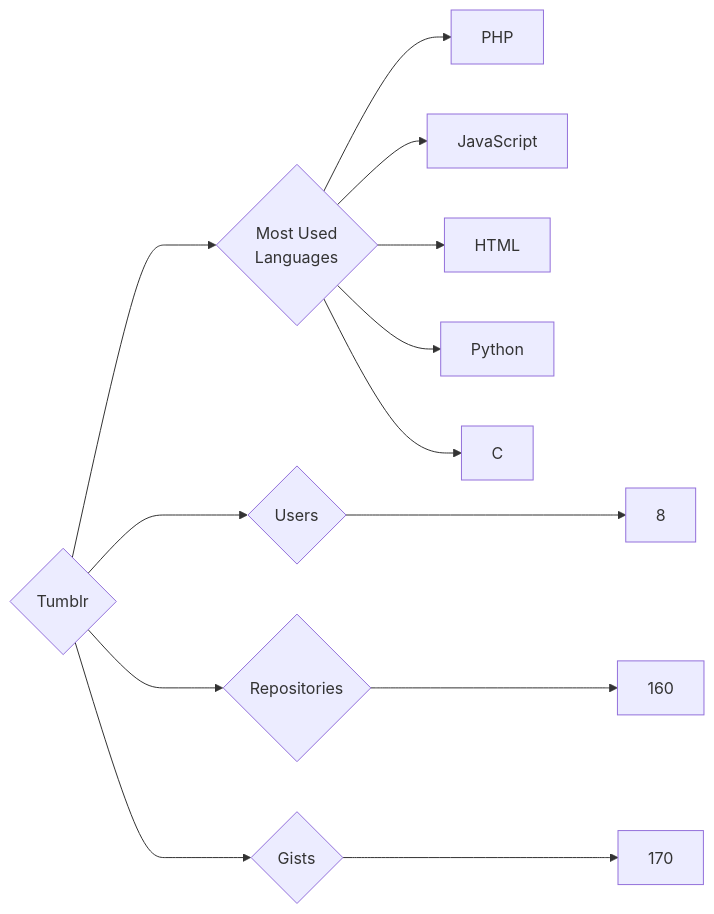
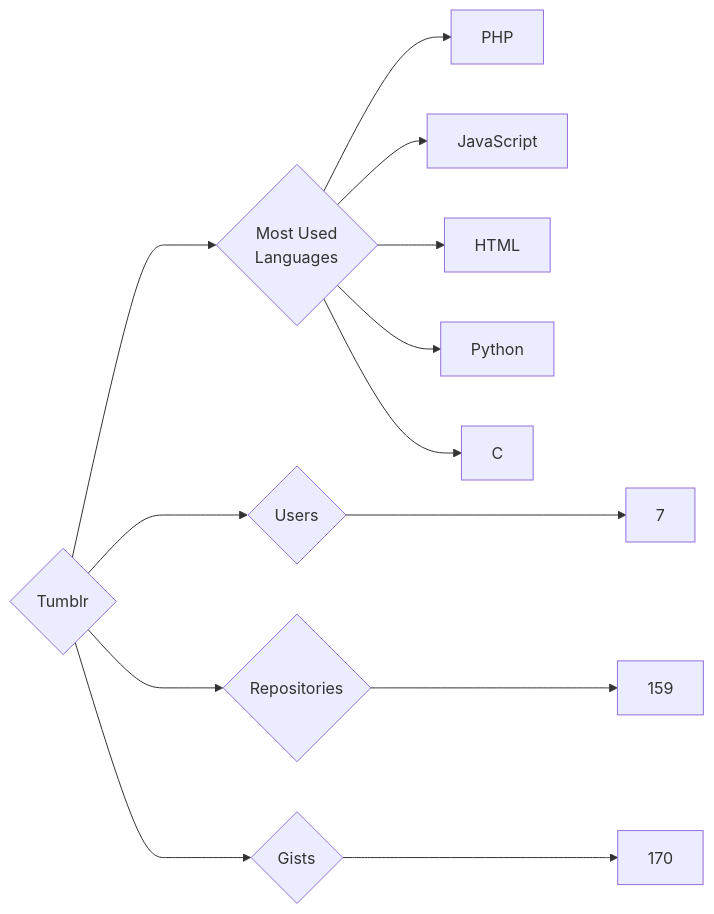
Before and after one commit to trickest/insiders: the diagram in targets/Tumblr/README.md, drawn with Mermaid. The commit also changed 953 other files, not shown here.

````diff
--- a/targets/Tumblr/README.md
+++ b/targets/Tumblr/README.md
@@ -3,13 +3,13 @@
 ```mermaid
 graph LR
 COMPANY_NAME{Tumblr}
-COMPANY_NAME ---> U{Users} ---> UN[8]
-COMPANY_NAME ---> R{Repositories} ---> RN[160]
+COMPANY_NAME ---> U{Users} ---> UN[7]
+COMPANY_NAME ---> R{Repositories} ---> RN[159]
 COMPANY_NAME ---> G{Gists} ---> GN[170]
 COMPANY_NAME ---> ML{Most Used<br>Languages}
 ML --> PHP[PHP]
 ML --> JavaScript[JavaScript]
 ML --> HTML[HTML]
 ML --> Python[Python]
 ML --> C[C]
 ```
````
